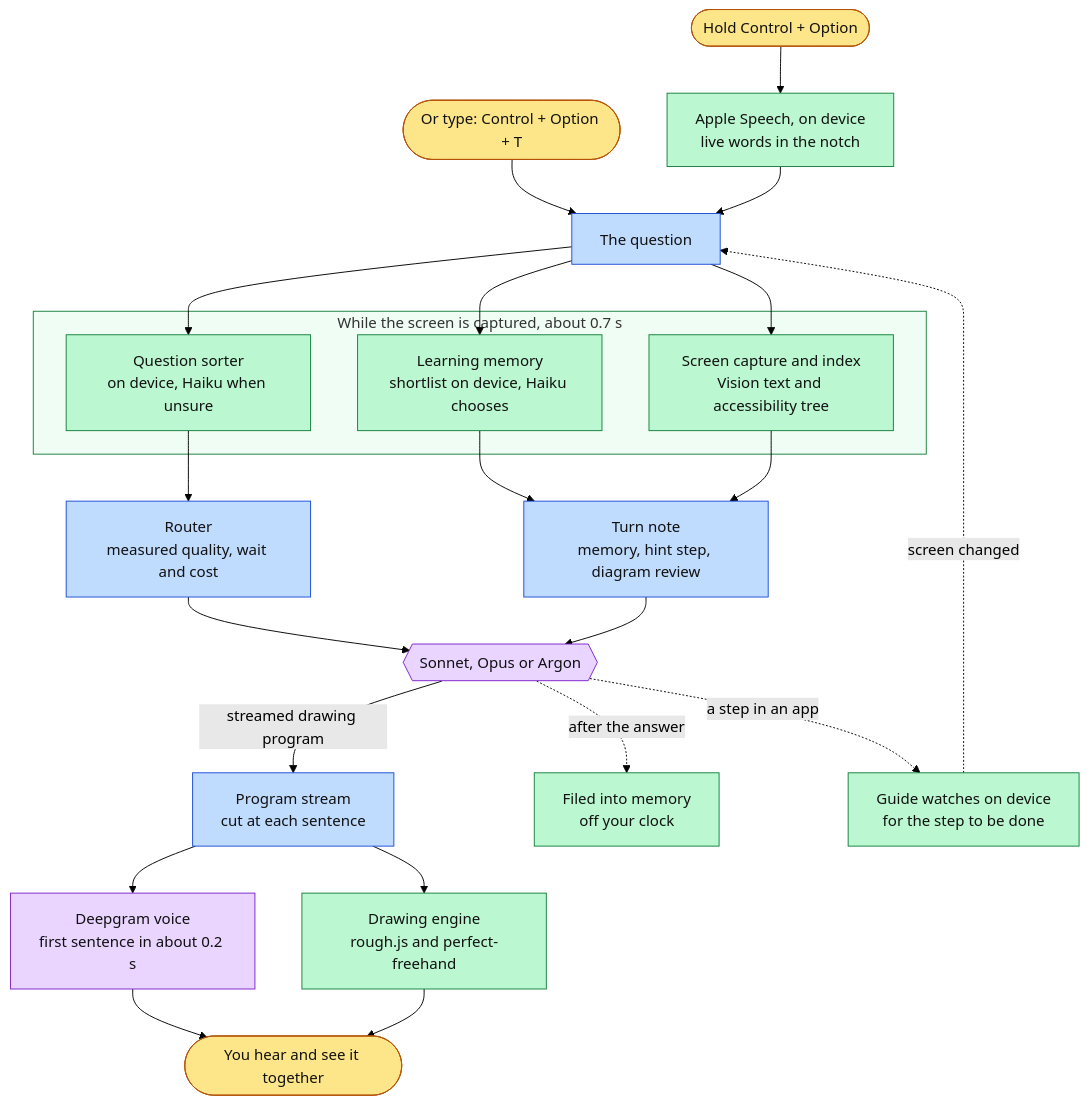
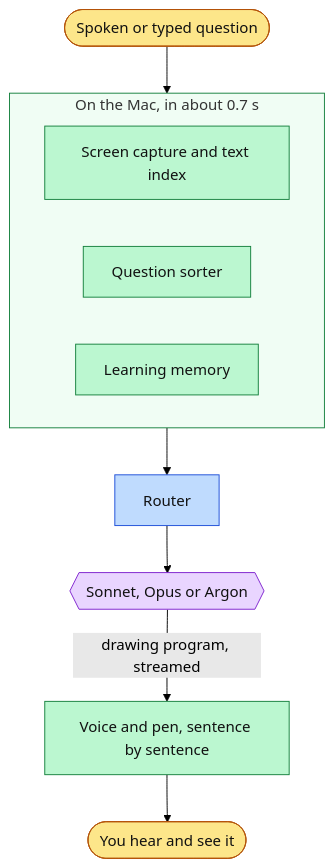
Before and after one commit to projects-hacks/buddy: the diagram in README.md, drawn with Mermaid (forest theme). The commit also changed other lines of this file and 2 other files, not shown here.

Commit message:
Cut the README to what a visitor needs, with the measured results in one table and the internals left to the docs

````diff
--- a/README.md
+++ b/README.md
@@ -56,35 +47,18 @@
 ```mermaid
 flowchart TD
-    keys([Hold Control + Option]):::input --> speech[Apple Speech, on device<br/>live words in the notch]:::device
-    typed([Or type: Control + Option + T]):::input --> question[The question]:::logic
-    speech --> question
-    question --> sort[Question sorter<br/>on device, Haiku when unsure]:::device
-    question --> recall[Learning memory<br/>shortlist on device, Haiku chooses]:::device
-    question --> capture[Screen capture and index<br/>Vision text and accessibility tree]:::device
-
-    subgraph prepare [While the screen is captured, about 0.7 s]
-        sort
-        recall
-        capture
+    ask([Spoken or typed question]):::input --> prep
+    subgraph prep [On the Mac, in about 0.7 s]
+        capture[Screen capture and text index]:::device
+        sort[Question sorter]:::device
+        recall[Learning memory]:::device
     end
-
-    sort --> route[Router<br/>measured quality, wait and cost]:::logic
-    recall --> note[Turn note<br/>memory, hint step, diagram review]:::logic
-    capture --> note
-    route --> brain{{Sonnet, Opus or Argon}}:::cloud
-    note --> brain
-    brain -->|streamed drawing program| stream[Program stream<br/>cut at each sentence]:::logic
-    stream --> voice[Deepgram voice<br/>first sentence in about 0.2 s]:::cloud
-    stream --> pen[Drawing engine<br/>rough.js and perfect-freehand]:::device
-    voice --> you([You hear and see it together]):::input
-    pen --> you
-    brain -. after the answer .-> file[Filed into memory<br/>off your clock]:::device
-    brain -. a step in an app .-> watch[Guide watches on device<br/>for the step to be done]:::device
-    watch -. screen changed .-> question
+    prep --> route[Router]:::logic --> model{{Sonnet, Opus or Argon}}:::cloud
+    model -->|drawing program, streamed| play[Voice and pen, sentence by sentence]:::device
+    play --> you([You hear and see it]):::input
 
     classDef input fill:#fde68a,stroke:#b45309,color:#111
     classDef device fill:#bbf7d0,stroke:#15803d,color:#111
     classDef logic fill:#bfdbfe,stroke:#1d4ed8,color:#111
     classDef cloud fill:#e9d5ff,stroke:#7e22ce,color:#111
-    style prepare fill:#f0fdf4,stroke:#15803d
+    style prep fill:#f0fdf4,stroke:#15803d
 ```
````
